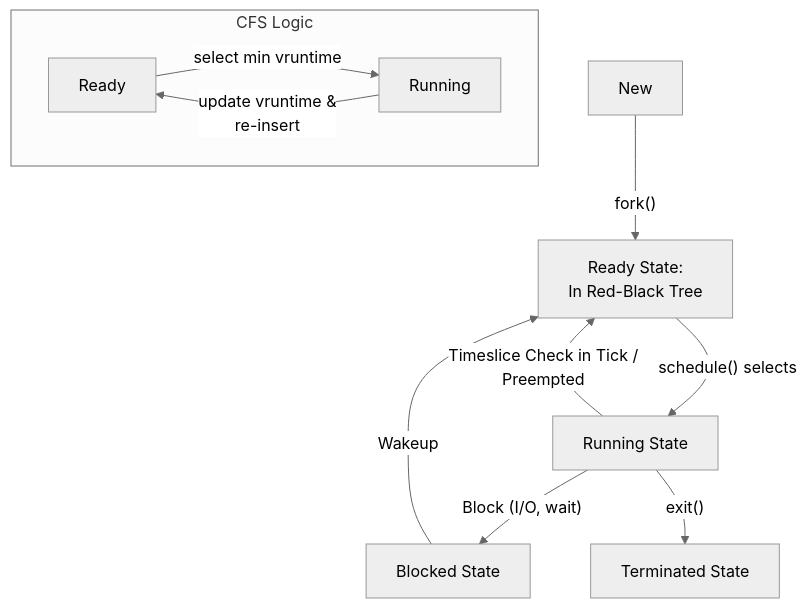
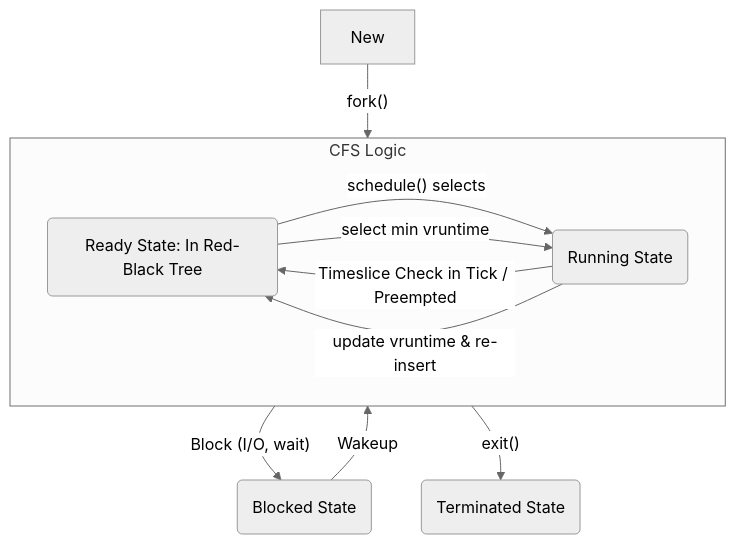
The diagram in src/content/post/operating_systems_note_04-zh.mdx (EmptyBlueBox/Blog), drawn with Mermaid (neutral theme) before and after one commit. The commit also changed other lines of this file and 10 other files, not shown here.

````diff
--- a/src/content/post/operating_systems_note_04-zh.mdx
+++ b/src/content/post/operating_systems_note_04-zh.mdx
@@ -887,15 +886,15 @@
         ```mermaid
         graph TD
-            New -- "fork()" --> Ready["Ready State:<br/>In Red-Black Tree"]
-            Ready -- "schedule() selects" --> Running["Running State"]
-            Running -- "Block (I/O, wait)" --> Blocked["Blocked State"]
-            Blocked -- "Wakeup" --> Ready
-            Running -- "Timeslice Check in Tick /<br/>Preempted" --> Ready
-            Running -- "exit()" --> Terminated["Terminated State"]
+            New -- fork() --> Ready(Ready State: In Red-Black Tree);
+            Ready -- schedule() selects --> Running(Running State);
+            Running -- Block (I/O, wait) --> Blocked(Blocked State);
+            Blocked -- Wakeup --> Ready;
+            Running -- Timeslice Check in Tick / Preempted --> Ready;
+            Running -- exit() --> Terminated(Terminated State);
 
-            subgraph CFS_Logic ["CFS Logic"]
+            subgraph CFS Logic
                 direction LR
-                Ready2["Ready"] -- "select min vruntime" --> Running2["Running"]
-                Running2 -- "update vruntime &<br/>re-insert" --> Ready2
+                Ready -- select min vruntime --> Running;
+                Running -- update vruntime & re-insert --> Ready;
             end
         ```
````
